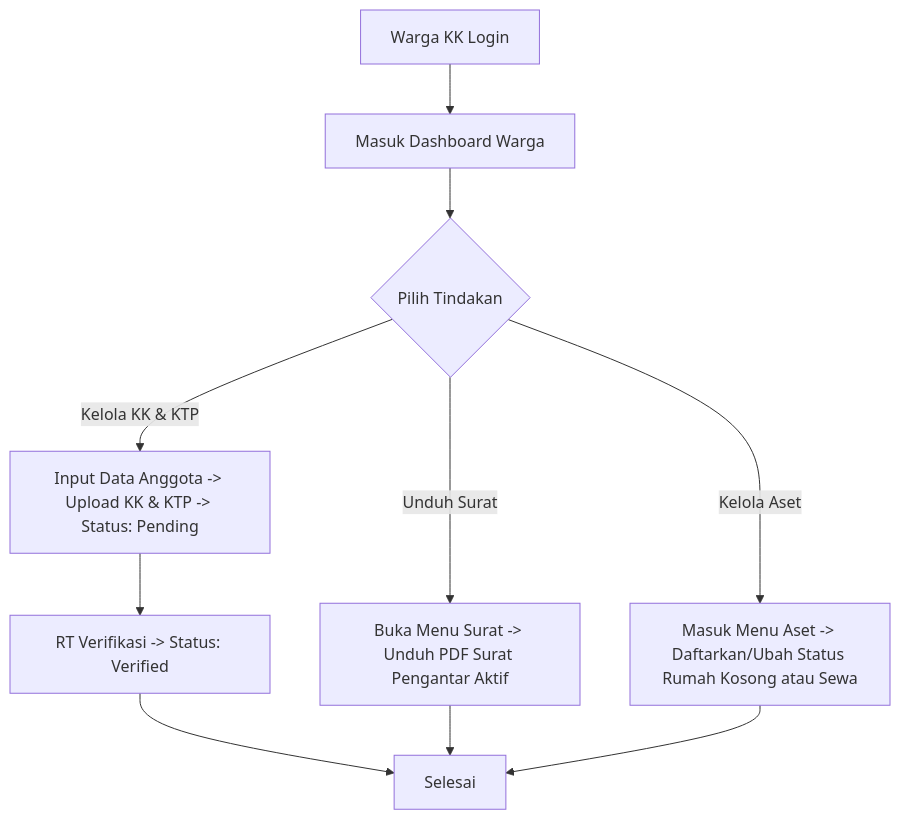
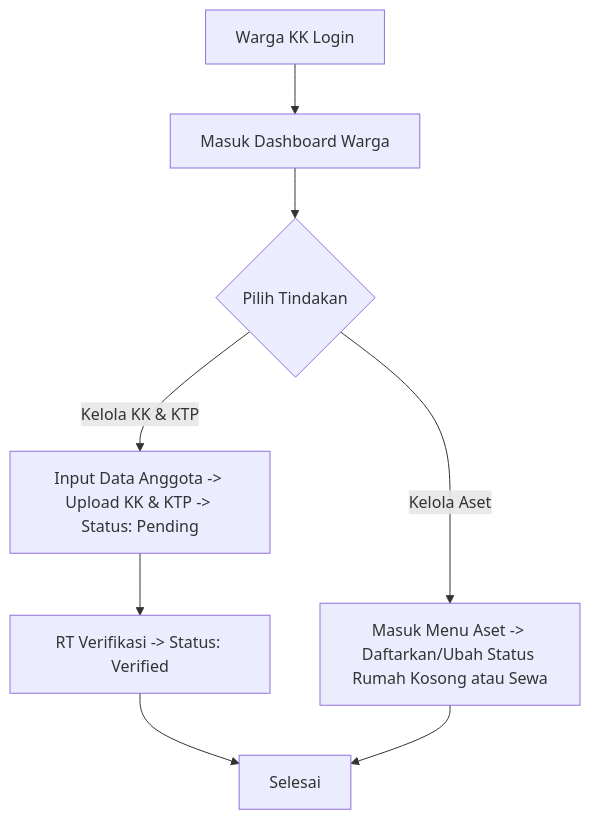
The first of 5 diagrams in docs/roles/warga.md (Araihan413/wargaku), drawn with Mermaid before and after one commit. The commit also changed other lines of this file and 5 other files, not shown here.

````diff
--- a/docs/roles/warga.md
+++ b/docs/roles/warga.md
@@ -138,14 +128,12 @@
 ```mermaid
 flowchart TD
     A[Warga KK Login] --> B[Masuk Dashboard Warga]
     B --> C{Pilih Tindakan}
     
     C -->|Kelola KK & KTP| D[Input Data Anggota -> Upload KK & KTP -> Status: Pending]
     D --> E[RT Verifikasi -> Status: Verified]
-    C -->|Unduh Surat| F[Buka Menu Surat -> Unduh PDF Surat Pengantar Aktif]
     C -->|Kelola Aset| G[Masuk Menu Aset -> Daftarkan/Ubah Status Rumah Kosong atau Sewa]
     
     E --> H[Selesai]
-    F --> H
     G --> H
 ```
````
